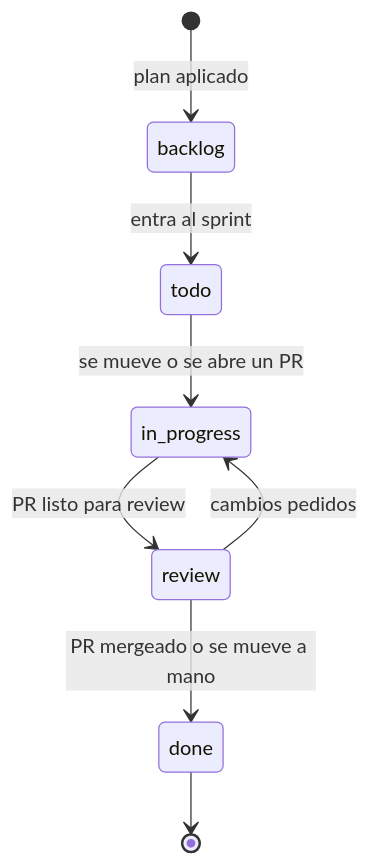
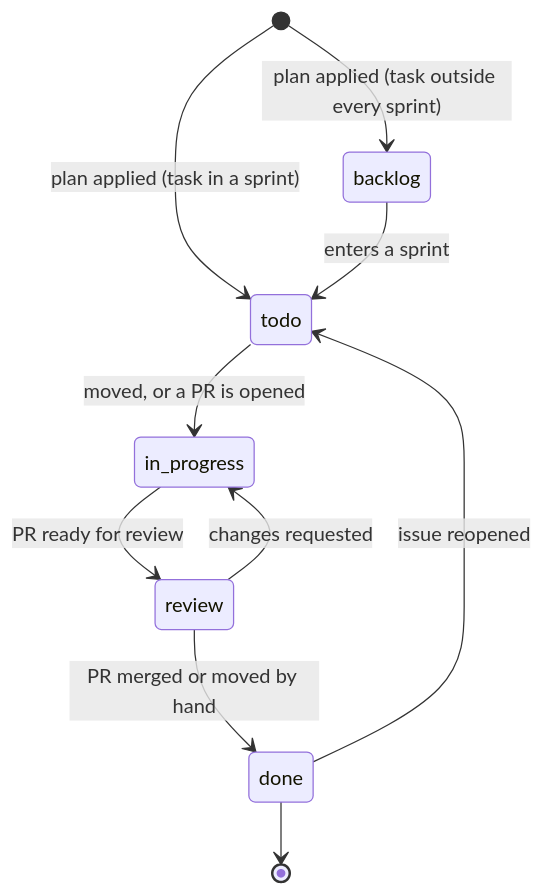
One commit to Mitchz01/TransparencIA changed the fourth of 18 diagrams in plan/use-cases.md. Above: the diagram before and after it, drawn with Mermaid. The commit also changed other lines of this file and 68 other files, not shown here.

````diff
--- a/plan/use-cases.md
+++ b/plan/use-cases.md
@@ -134,10 +135,12 @@
 ```mermaid
 stateDiagram-v2
-    [*] --> backlog: plan aplicado
-    backlog --> todo: entra al sprint
-    todo --> in_progress: se mueve o se abre un PR
-    in_progress --> review: PR listo para review
-    review --> in_progress: cambios pedidos
-    review --> done: PR mergeado o se mueve a mano
+    [*] --> todo: plan applied (task in a sprint)
+    [*] --> backlog: plan applied (task outside every sprint)
+    backlog --> todo: enters a sprint
+    todo --> in_progress: moved, or a PR is opened
+    in_progress --> review: PR ready for review
+    review --> in_progress: changes requested
+    review --> done: PR merged or moved by hand
+    done --> todo: issue reopened
     done --> [*]
 ```
````
